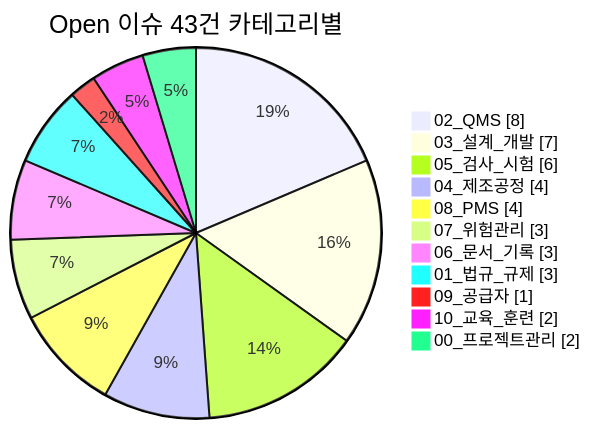
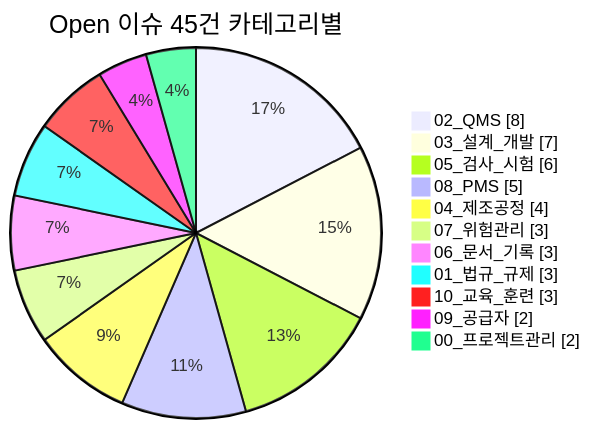
Before and after one commit to holee9/MD-process: the fourth of 4 diagrams in README.md, drawn with Mermaid. The commit also changed other lines of this file, not shown here.

````diff
--- a/README.md
+++ b/README.md
@@ -169,15 +168,15 @@
 ```mermaid
 pie showData
-    title Open 이슈 43건 카테고리별
+    title Open 이슈 45건 카테고리별
     "02_QMS" : 8
     "03_설계_개발" : 7
     "05_검사_시험" : 6
+    "08_PMS" : 5
     "04_제조공정" : 4
-    "08_PMS" : 4
     "07_위험관리" : 3
     "06_문서_기록" : 3
     "01_법규_규제" : 3
-    "09_공급자" : 1
-    "10_교육_훈련" : 2
+    "10_교육_훈련" : 3
+    "09_공급자" : 2
     "00_프로젝트관리" : 2
 ```
````
